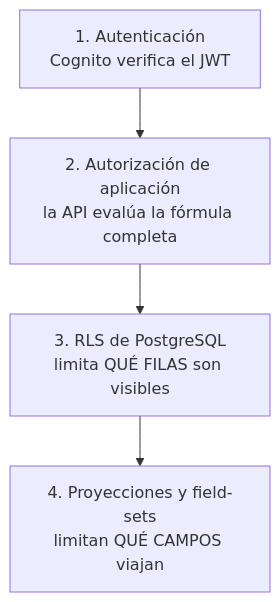
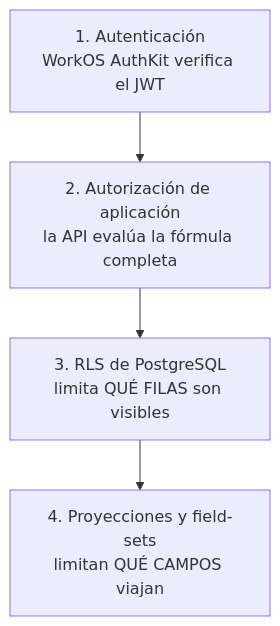
One commit to allfitone/allfitone-docs changed the diagram in platform/database/refactor/03_PROPOSED_DESIGN/V1_RLS_MATRIX.md. Above: the diagram before and after it, drawn with Mermaid. The commit also changed other lines of this file and 19 other files, not shown here.

Commit message:
docs: migrate authentication from Cognito to WorkOS

````diff
--- a/platform/database/refactor/03_PROPOSED_DESIGN/V1_RLS_MATRIX.md
+++ b/platform/database/refactor/03_PROPOSED_DESIGN/V1_RLS_MATRIX.md
@@ -19,9 +19,9 @@
 ```mermaid
 flowchart TB
-    A["1. Autenticación<br/>Cognito verifica el JWT"]
+    A["1. Autenticación<br/>WorkOS AuthKit verifica el JWT"]
     B["2. Autorización de aplicación<br/>la API evalúa la fórmula completa"]
     C["3. RLS de PostgreSQL<br/>limita QUÉ FILAS son visibles"]
     D["4. Proyecciones y field-sets<br/>limitan QUÉ CAMPOS viajan"]
 
     A --> B --> C --> D
 ```
````
